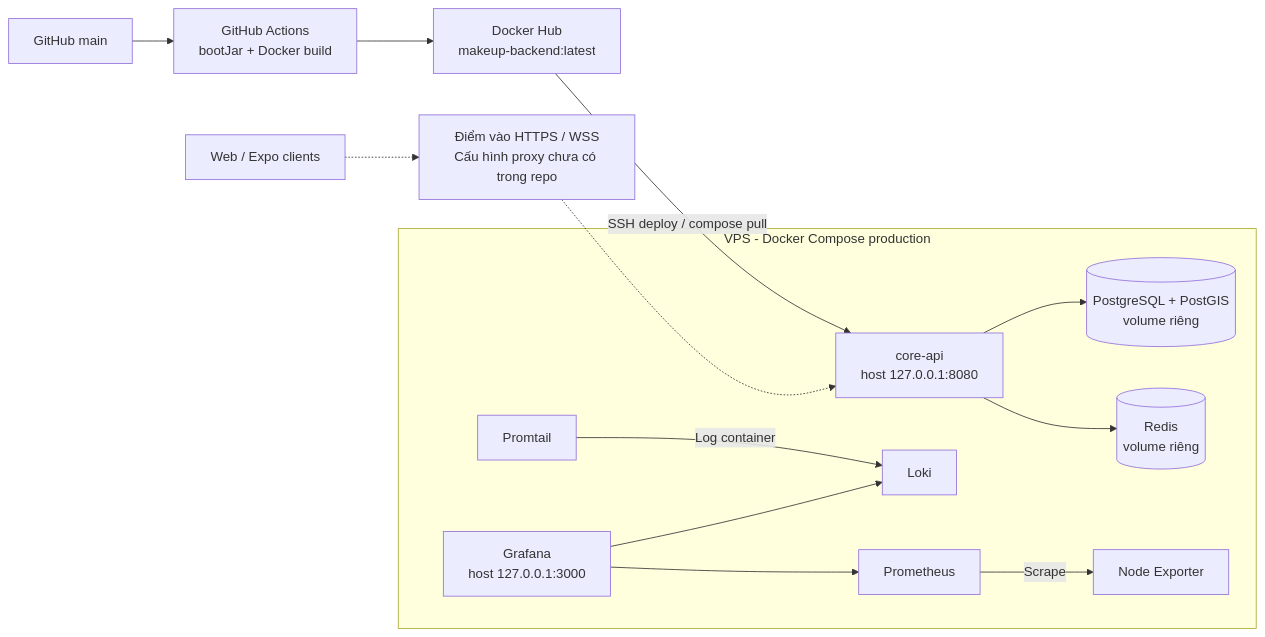
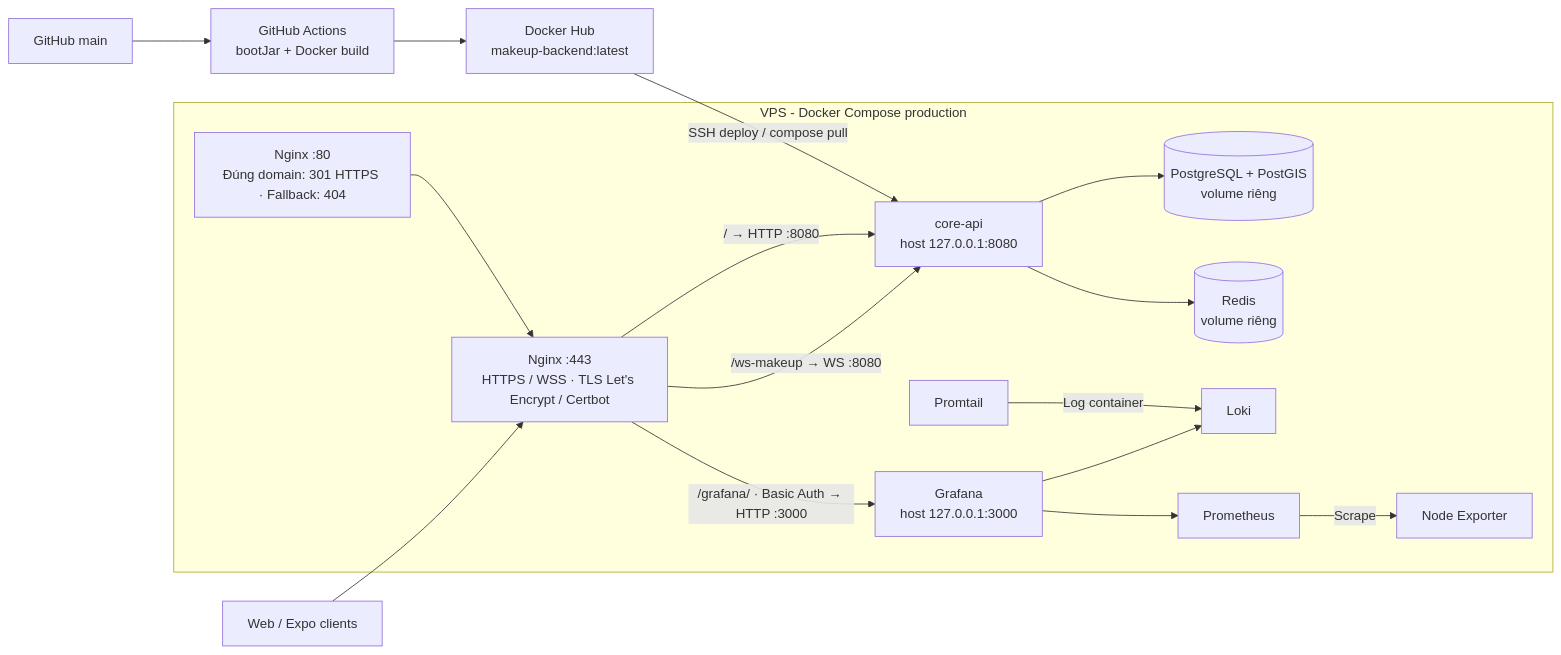
One commit to Mua-makeup/Mua-Makeup changed the fourth of 4 diagrams in docs/architecture/system-architecture.md. Above: the diagram before and after it, drawn with Mermaid. The commit also changed other lines of this file and 64 other files, not shown here.

Commit message:
feat: add booking system implementation, tests, and architecture documentation

````diff
--- a/docs/architecture/system-architecture.md
+++ b/docs/architecture/system-architecture.md
@@ -180,28 +180,32 @@
 ```mermaid
 flowchart LR
     git["GitHub main"]
     ci["GitHub Actions<br/>bootJar + Docker build"]
     hub["Docker Hub<br/>makeup-backend:latest"]
     clients["Web / Expo clients"]
-    edge["Điểm vào HTTPS / WSS<br/>Cấu hình proxy chưa có trong repo"]
     subgraph vps["VPS - Docker Compose production"]
+        edge["Nginx :443<br/>HTTPS / WSS · TLS Let's Encrypt / Certbot"]
+        http["Nginx :80<br/>Đúng domain: 301 HTTPS · Fallback: 404"]
+        http --> edge
         core["core-api<br/>host 127.0.0.1:8080"]
         pg[("PostgreSQL + PostGIS<br/>volume riêng")]
         redis[("Redis<br/>volume riêng")]
         promtail["Promtail"]
         loki["Loki"]
         exporter["Node Exporter"]
         prometheus["Prometheus"]
         grafana["Grafana<br/>host 127.0.0.1:3000"]
         core --> pg
         core --> redis
         promtail -->|"Log container"| loki
         prometheus -->|"Scrape"| exporter
         grafana --> loki
         grafana --> prometheus
     end
     git --> ci --> hub
     hub -->|"SSH deploy / compose pull"| core
-    clients -.-> edge
-    edge -.-> core
+    clients --> edge
+    edge -->|"/ → HTTP :8080"| core
+    edge -->|"/ws-makeup → WS :8080"| core
+    edge -->|"/grafana/ · Basic Auth → HTTP :3000"| grafana
 ```
````
